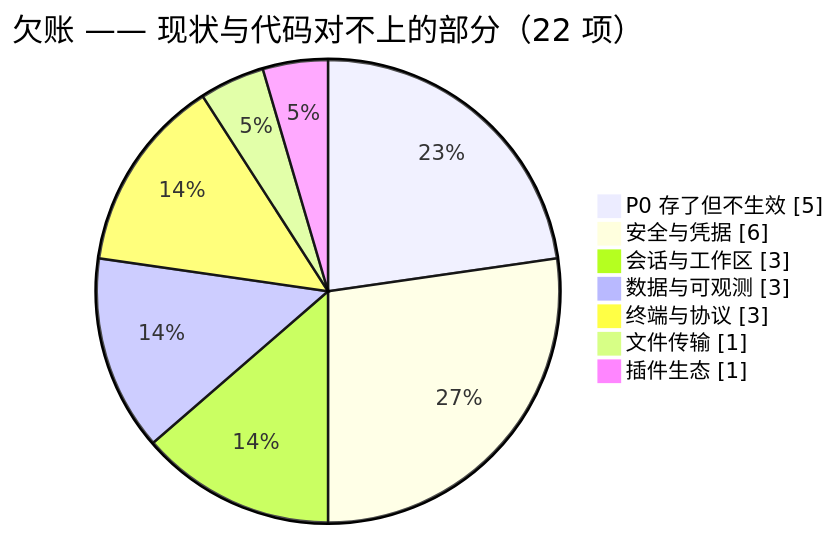
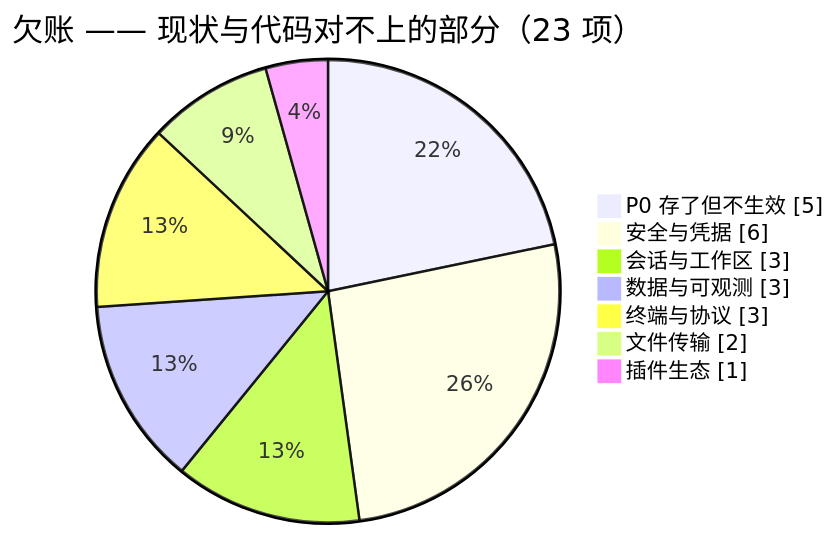
One commit to joesdu/VelaShell changed the first of 2 diagrams in feature-plan.md. Above: the diagram before and after it, drawn with Mermaid. The commit also changed other lines of this file and 24 other files, not shown here.

````diff
--- a/feature-plan.md
+++ b/feature-plan.md
@@ -39,11 +39,11 @@
 ```mermaid
 pie showData
-    title 欠账 —— 现状与代码对不上的部分（22 项）
+    title 欠账 —— 现状与代码对不上的部分（23 项）
     "P0 存了但不生效" : 5
     "安全与凭据" : 6
     "会话与工作区" : 3
     "数据与可观测" : 3
     "终端与协议" : 3
-    "文件传输" : 1
+    "文件传输" : 2
     "插件生态" : 1
 ```
````
